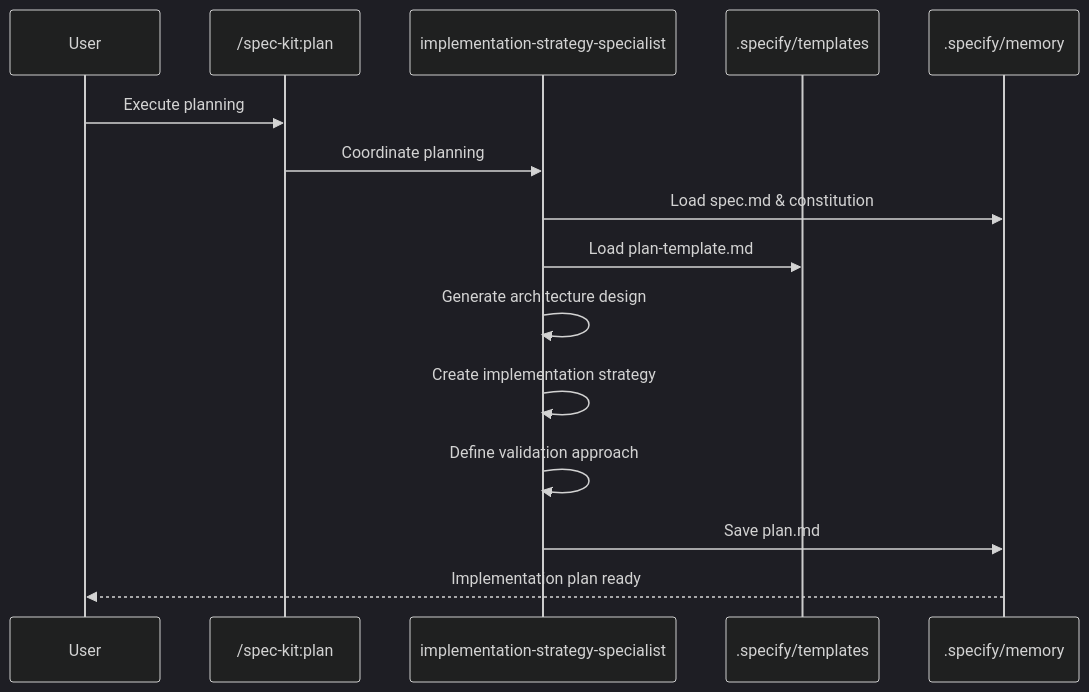
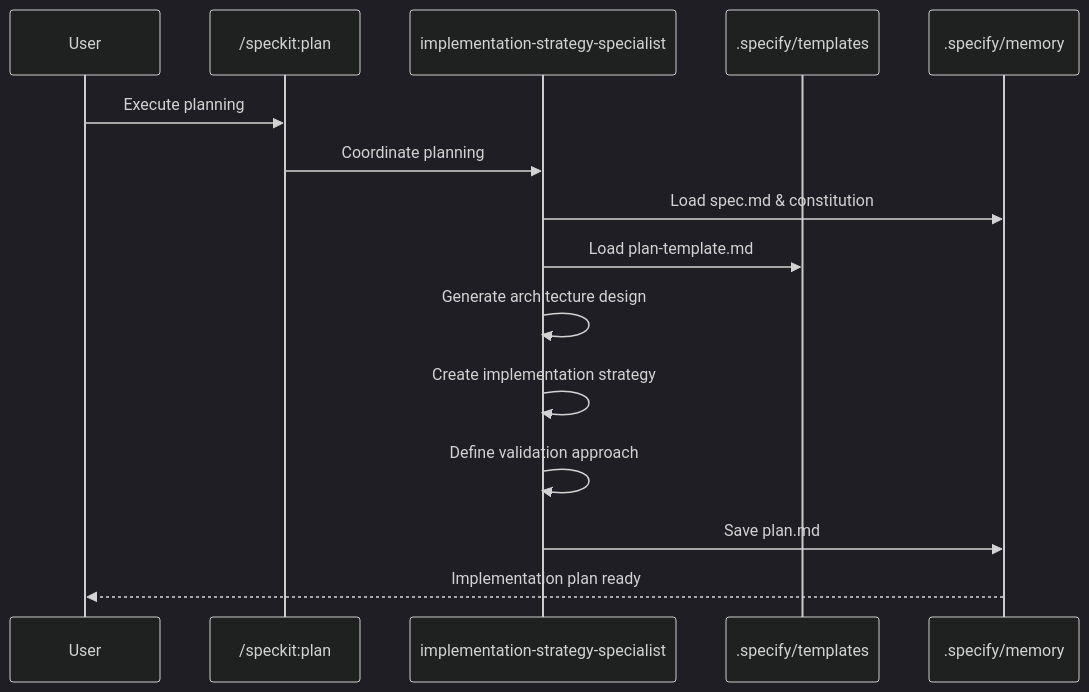
Before and after one commit to thomasholknielsen/claude-code-config: the fourth of 10 diagrams in docs/concepts/spec-kit-workflow.md, drawn with Mermaid (dark theme). The commit also changed other lines of this file and 198 other files, not shown here.

````diff
--- a/docs/concepts/spec-kit-workflow.md
+++ b/docs/concepts/spec-kit-workflow.md
@@ -162,18 +162,18 @@
 ```mermaid
 sequenceDiagram
     participant User
-    participant PlanCommand as /spec-kit:plan
+    participant PlanCommand as /speckit:plan
     participant IO as implementation-strategy-specialist
     participant Templates as .specify/templates
     participant Memory as .specify/memory
 
     User->>PlanCommand: Execute planning
     PlanCommand->>IO: Coordinate planning
     IO->>Memory: Load spec.md & constitution
     IO->>Templates: Load plan-template.md
     IO->>IO: Generate architecture design
     IO->>IO: Create implementation strategy
     IO->>IO: Define validation approach
     IO->>Memory: Save plan.md
     Memory-->>User: Implementation plan ready
 ```
````
